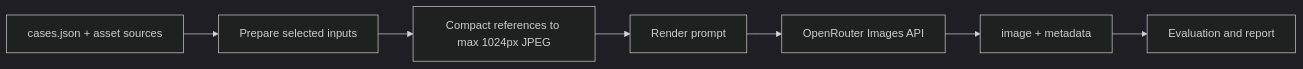
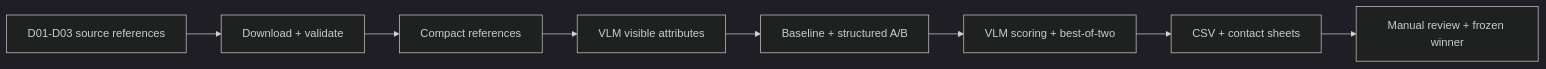
Before and after one commit to komaksym/weon-assignment: the diagram in README.md, drawn with Mermaid (dark theme). The commit also changed other lines of this file and 2 other files, not shown here.

````diff
--- a/README.md
+++ b/README.md
@@ -9,9 +9,10 @@
 ```mermaid
 flowchart LR
-    A[cases.json + asset sources] --> B[Prepare selected inputs]
-    B --> C[Compact references to max 1024px JPEG]
-    C --> D[Render prompt]
-    D --> E[OpenRouter Images API]
-    E --> F[image + metadata]
-    F --> G[Evaluation and report]
+    A[D01-D03 source references] --> B[Download + validate]
+    B --> C[Compact references]
+    C --> D[VLM visible attributes]
+    D --> E[Baseline + structured A/B]
+    E --> F[VLM scoring + best-of-two]
+    F --> G[CSV + contact sheets]
+    G --> H[Manual review + frozen winner]
 ```
````
